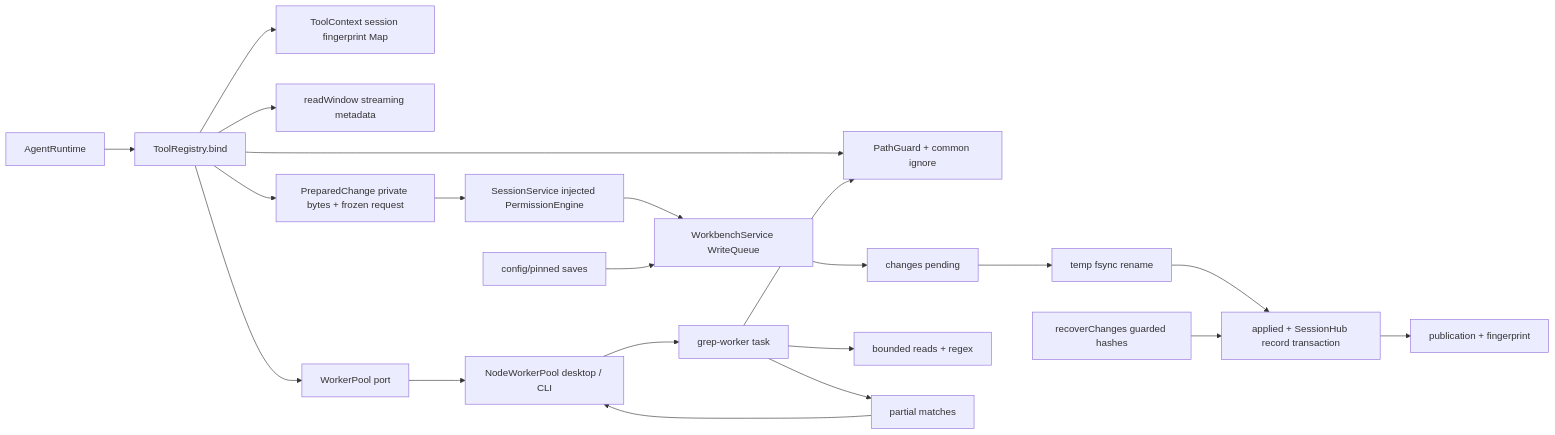
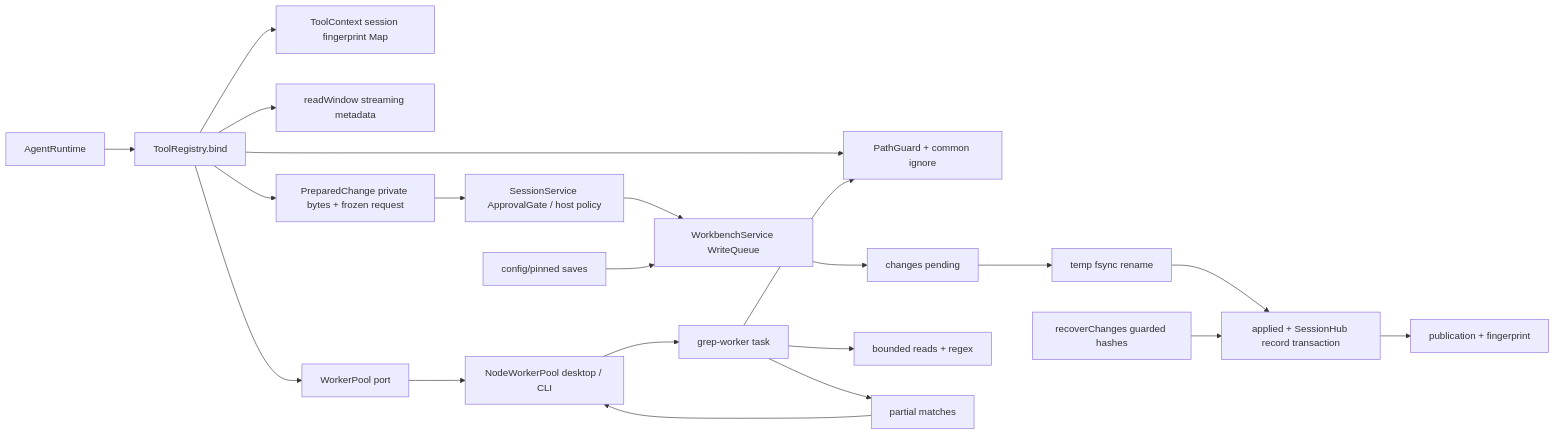
The diagram in .agentic/knowledge/file-tools.md (DDP-Engineering/2026_Virtual_Embedded_Rig_Assistant), drawn with Mermaid before and after one commit. The commit also changed other lines of this file and 55 other files, not shown here.

````diff
--- a/.agentic/knowledge/file-tools.md
+++ b/.agentic/knowledge/file-tools.md
@@ -66,23 +66,23 @@
 ```mermaid
 flowchart LR
  Runtime[AgentRuntime] --> Registry[ToolRegistry.bind]
  Registry --> Context[ToolContext session fingerprint Map]
  Registry --> Guard[PathGuard + common ignore]
  Registry --> Read[readWindow streaming metadata]
  Registry --> Prepared[PreparedChange private bytes + frozen request]
- Prepared --> Permission[SessionService injected PermissionEngine]
+ Prepared --> Permission[SessionService ApprovalGate / host policy]
  Permission --> Queue[WorkbenchService WriteQueue]
  AppSaves[config/pinned saves] --> Queue
  Queue --> Pending[changes pending]
  Pending --> Rename[temp fsync rename]
  Rename --> Applied[applied + SessionHub record transaction]
  Applied --> Event[publication + fingerprint]
  Recovery[recoverChanges guarded hashes] --> Applied
  Registry --> Pool[WorkerPool port]
  Pool --> Host[NodeWorkerPool desktop / CLI]
  Host --> Worker[grep-worker task]
  Worker --> Guard
  Worker --> Files[bounded reads + regex]
  Worker --> Partial[partial matches]
  Partial --> Host
 ```
````
